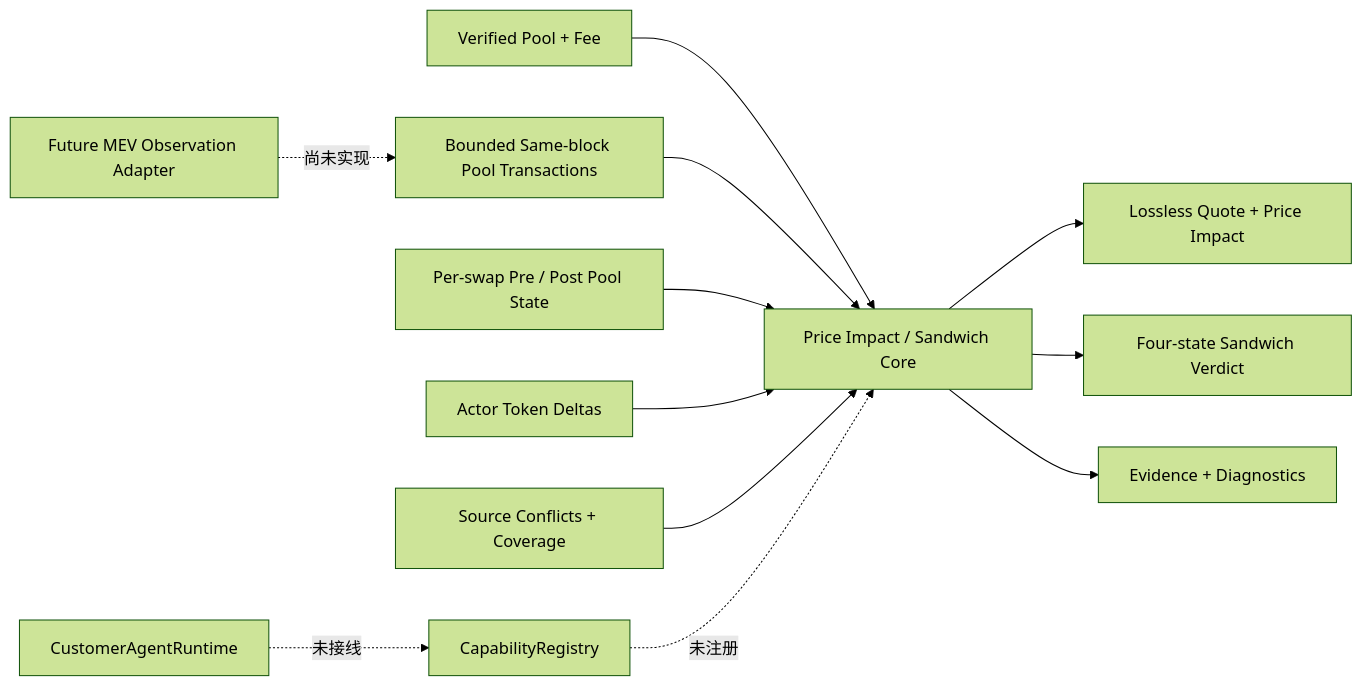
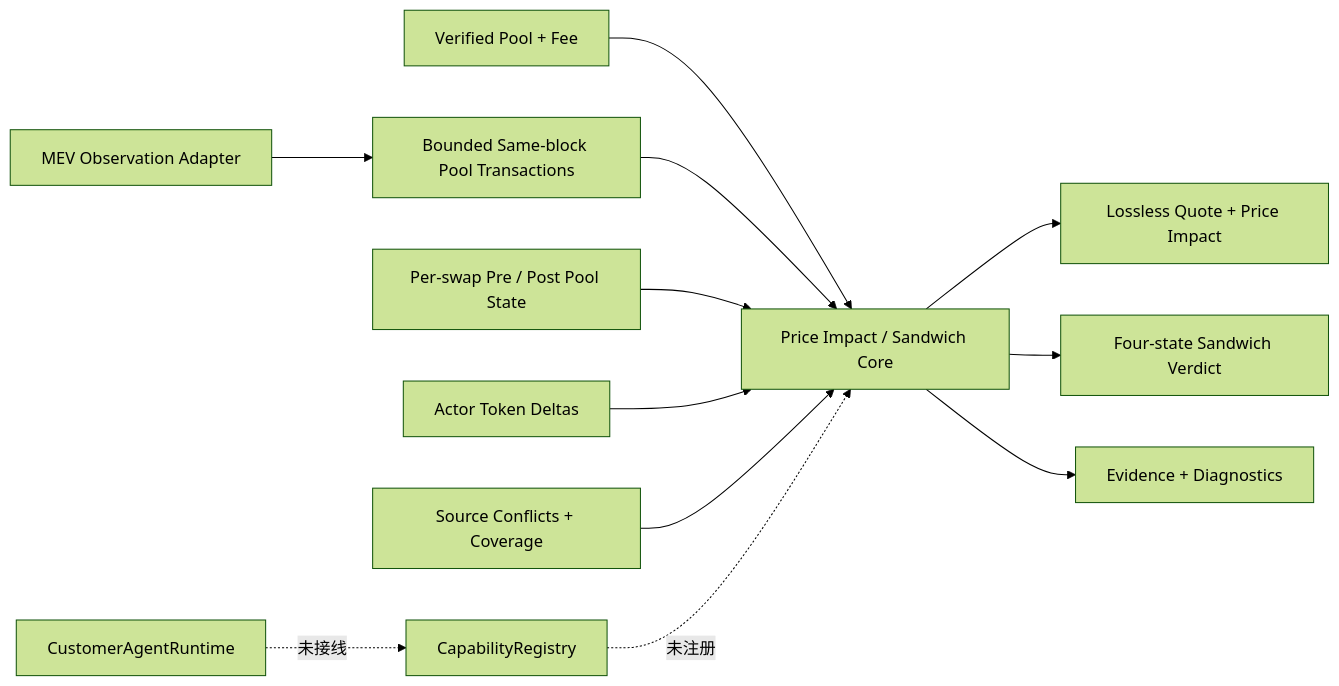
Before and after one commit to spencer17x/xxyy-ask: the diagram in docs/evm-price-impact-sandwich.md, drawn with Mermaid (forest theme). The commit also changed other lines of this file and 33 other files, not shown here.

Commit message:
feat(rag): add allowlisted MEV observation adapter

````diff
--- a/docs/evm-price-impact-sandwich.md
+++ b/docs/evm-price-impact-sandwich.md
@@ -18,15 +18,15 @@
 ```mermaid
 flowchart LR
   Pool["Verified Pool + Fee"] --> Core["Price Impact / Sandwich Core"]
   Block["Bounded Same-block Pool Transactions"] --> Core
   State["Per-swap Pre / Post Pool State"] --> Core
   Delta["Actor Token Deltas"] --> Core
   Conflict["Source Conflicts + Coverage"] --> Core
   Core --> Quote["Lossless Quote + Price Impact"]
   Core --> Verdict["Four-state Sandwich Verdict"]
   Core --> Evidence["Evidence + Diagnostics"]
 
-  Provider["Future MEV Observation Adapter"] -. "尚未实现" .-> Block
+  Provider["MEV Observation Adapter"] --> Block
   Capability["CapabilityRegistry"] -. "未注册" .-> Core
   Agent["CustomerAgentRuntime"] -. "未接线" .-> Capability
 ```
````
